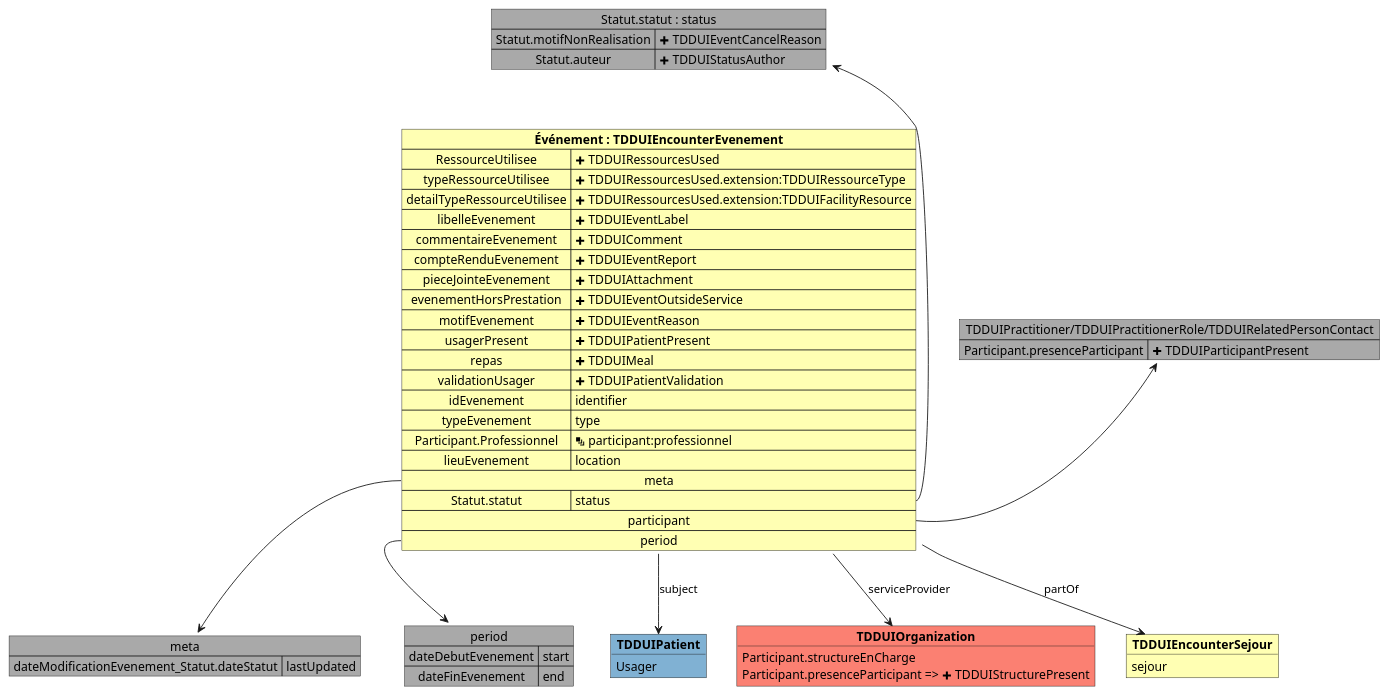
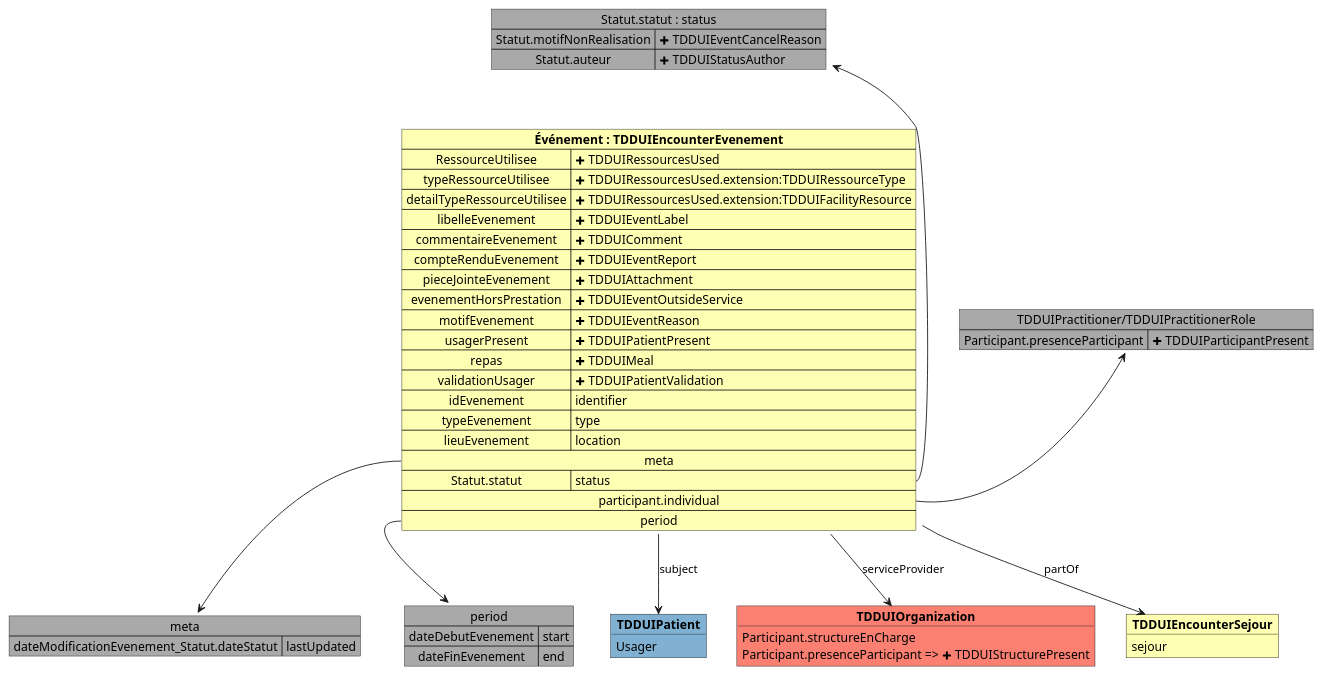
The diagram in input/images-source/mapping_TDDUIEncounterEvenement.plantuml (ansforge/IG-fhir-medicosocial-transfert-donnees-dui), drawn with PlantUML before and after one commit. The commit also changed 1 other file, not shown here.

Commit message:
suppression contact

```diff
--- a/input/images-source/mapping_TDDUIEncounterEvenement.plantuml
+++ b/input/images-source/mapping_TDDUIEncounterEvenement.plantuml
@@ -1,63 +1,62 @@
 @startuml
 
 map "meta" as meta #DarkGray {
     dateModificationEvenement_Statut.dateStatut => lastUpdated
 }
 
 map "Statut.statut : status" as Statutstatut #DarkGray {
     Statut.motifNonRealisation => <&plus> TDDUIEventCancelReason
     Statut.auteur => <&plus> TDDUIStatusAuthor
 }
 
-map "TDDUIPractitioner/TDDUIPractitionerRole/TDDUIRelatedPersonContact" as participant #DarkGray {
+map "TDDUIPractitioner/TDDUIPractitionerRole" as participant #DarkGray {
     Participant.presenceParticipant => <&plus> TDDUIParticipantPresent
 }
 
 map "period" as period #DarkGray {
     dateDebutEvenement => start
     dateFinEvenement => end
 }
 
 object "**TDDUIPatient**" as TDDUIPatient_subject #80b1d3 {
     Usager
 }
 
 object "**TDDUIOrganization**" as TDDUIOrganization_serviceProvider #fb8072 {
     Participant.structureEnCharge
     Participant.presenceParticipant => <&plus> TDDUIStructurePresent
 }
 
 object "**TDDUIEncounterSejour**" as TDDUIEncounterSejour_partOf #ffffb3 {
     sejour
 }
 
 map "**Événement : TDDUIEncounterEvenement**" as Événement #ffffb3 {
     RessourceUtilisee => <&plus> TDDUIRessourcesUsed
     typeRessourceUtilisee => <&plus> TDDUIRessourcesUsed.extension:TDDUIRessourceType
     detailTypeRessourceUtilisee => <&plus> TDDUIRessourcesUsed.extension:TDDUIMaterialDetail
     detailTypeRessourceUtilisee => <&plus> TDDUIRessourcesUsed.extension:TDDUIFacilityResource
     libelleEvenement => <&plus> TDDUIEventLabel
     commentaireEvenement => <&plus> TDDUIComment
     compteRenduEvenement => <&plus> TDDUIEventReport
     pieceJointeEvenement => <&plus> TDDUIAttachment
     evenementHorsPrestation => <&plus> TDDUIEventOutsideService
     motifEvenement => <&plus> TDDUIEventReason
     usagerPresent => <&plus> TDDUIPatientPresent
     repas => <&plus> TDDUIMeal
     validationUsager => <&plus> TDDUIPatientValidation
     idEvenement => identifier
     typeEvenement => type
-    Participant.Professionnel => <&layers> participant:professionnel
     lieuEvenement => location
     meta *--> meta
     Statut.statut => status
-    participant *-> participant
+    participant.individual *-> participant
     period *--> period
 }
 
 Événement::Statut.statut -u-> Statutstatut
 Événement -d-> TDDUIPatient_subject : subject
 Événement -d-> TDDUIOrganization_serviceProvider : serviceProvider
 Événement -d-> TDDUIEncounterSejour_partOf : partOf
 
 @enduml
```
